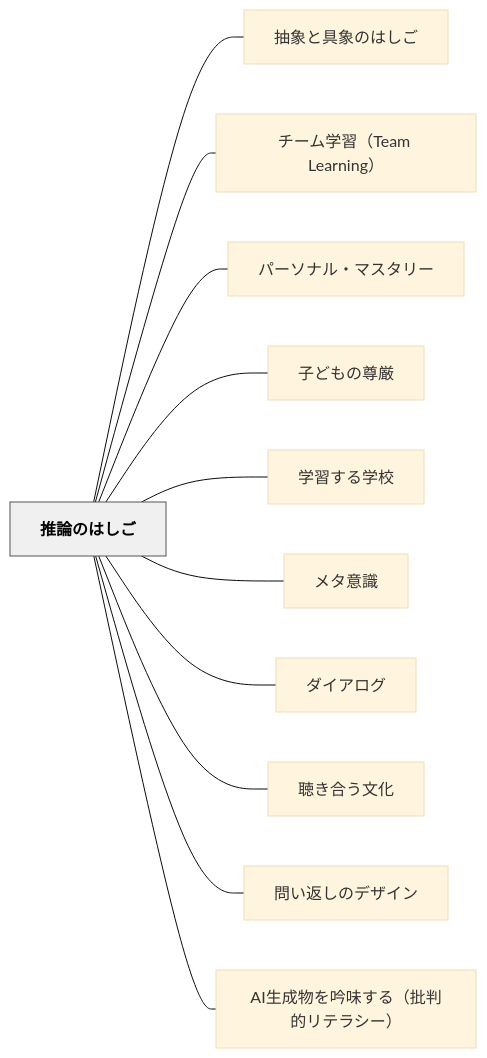
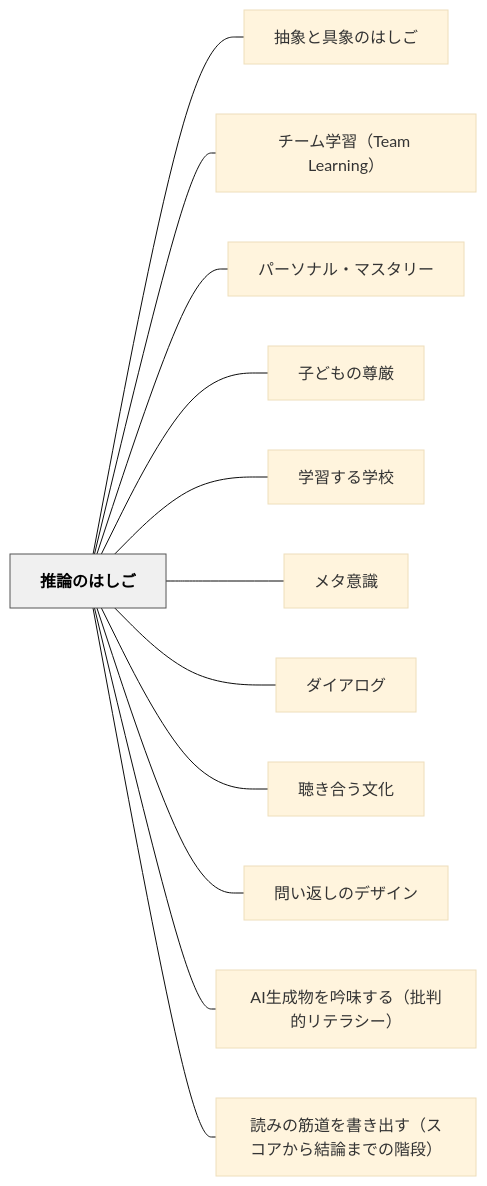
One commit to unknownthings-ed-patterns/unknownthings-ed-patterns changed the diagram in content/パタン/推論のはしご.md. Above: the diagram before and after it, drawn with Mermaid (base theme). The commit also changed other lines of this file and 6 other files, not shown here.

````diff
--- a/content/パタン/推論のはしご.md
+++ b/content/パタン/推論のはしご.md
@@ -109,28 +110,30 @@
 ```mermaid
 flowchart LR
     ne68ea8e8ab96e381aee381afe38197e38194["推論のはしご"]
     ne68abde8b1a1e381a8e585b7e8b1a1e381aee381afe38197e38194["抽象と具象のはしご"]
     ne38381e383bce383a0e5ada6e7bf92efbc885465616d204c6561726e696e67efbc89["チーム学習（Team Learning）"]
     ne38391e383bce382bde3838ae383abe383bbe3839ee382b9e382bfe383aae383bc["パーソナル・マスタリー"]
     ne5ad90e381a9e38282e381aee5b08ae58eb3["子どもの尊厳"]
     ne5ada6e7bf92e38199e3828be5ada6e6a0a1["学習する学校"]
     ne383a1e382bfe6848fe8ad98["メタ意識"]
     ne38380e382a4e382a2e383ade382b0["ダイアログ"]
     ne881b4e3818de59088e38186e69687e58c96["聴き合う文化"]
     ne5958fe38184e8bf94e38197e381aee38387e382b6e382a4e383b3["問い返しのデザイン"]
     n4149e7949fe68890e789a9e38292e5909fe591b3e38199e3828befbc88e689b9e588a4e79a84e383aae38386e383a9e382b7e383bcefbc89["AI生成物を吟味する（批判的リテラシー）"]
+    ne8aaade381bfe381aee7ad8be98193e38292e69bb8e3818de587bae38199efbc88e382b9e382b3e382a2e3818be38289e7b590e8ab96e381bee381a7e381aee99a8ee6aeb5efbc89["読みの筋道を書き出す（スコアから結論までの階段）"]
 
     ne68ea8e8ab96e381aee381afe38197e38194 --- ne68abde8b1a1e381a8e585b7e8b1a1e381aee381afe38197e38194
     ne68ea8e8ab96e381aee381afe38197e38194 --- ne38381e383bce383a0e5ada6e7bf92efbc885465616d204c6561726e696e67efbc89
     ne68ea8e8ab96e381aee381afe38197e38194 --- ne38391e383bce382bde3838ae383abe383bbe3839ee382b9e382bfe383aae383bc
     ne68ea8e8ab96e381aee381afe38197e38194 --- ne5ad90e381a9e38282e381aee5b08ae58eb3
     ne68ea8e8ab96e381aee381afe38197e38194 --- ne5ada6e7bf92e38199e3828be5ada6e6a0a1
     ne68ea8e8ab96e381aee381afe38197e38194 --- ne383a1e382bfe6848fe8ad98
     ne68ea8e8ab96e381aee381afe38197e38194 --- ne38380e382a4e382a2e383ade382b0
     ne68ea8e8ab96e381aee381afe38197e38194 --- ne881b4e3818de59088e38186e69687e58c96
     ne68ea8e8ab96e381aee381afe38197e38194 --- ne5958fe38184e8bf94e38197e381aee38387e382b6e382a4e383b3
     ne68ea8e8ab96e381aee381afe38197e38194 --- n4149e7949fe68890e789a9e38292e5909fe591b3e38199e3828befbc88e689b9e588a4e79a84e383aae38386e383a9e382b7e383bcefbc89
+    ne68ea8e8ab96e381aee381afe38197e38194 --- ne8aaade381bfe381aee7ad8be98193e38292e69bb8e3818de587bae38199efbc88e382b9e382b3e382a2e3818be38289e7b590e8ab96e381bee381a7e381aee99a8ee6aeb5efbc89
 
     classDef hub fill:#f0f0f0,stroke:#555,color:#000,font-weight:bold
     class ne68ea8e8ab96e381aee381afe38197e38194 hub
 ```
````
